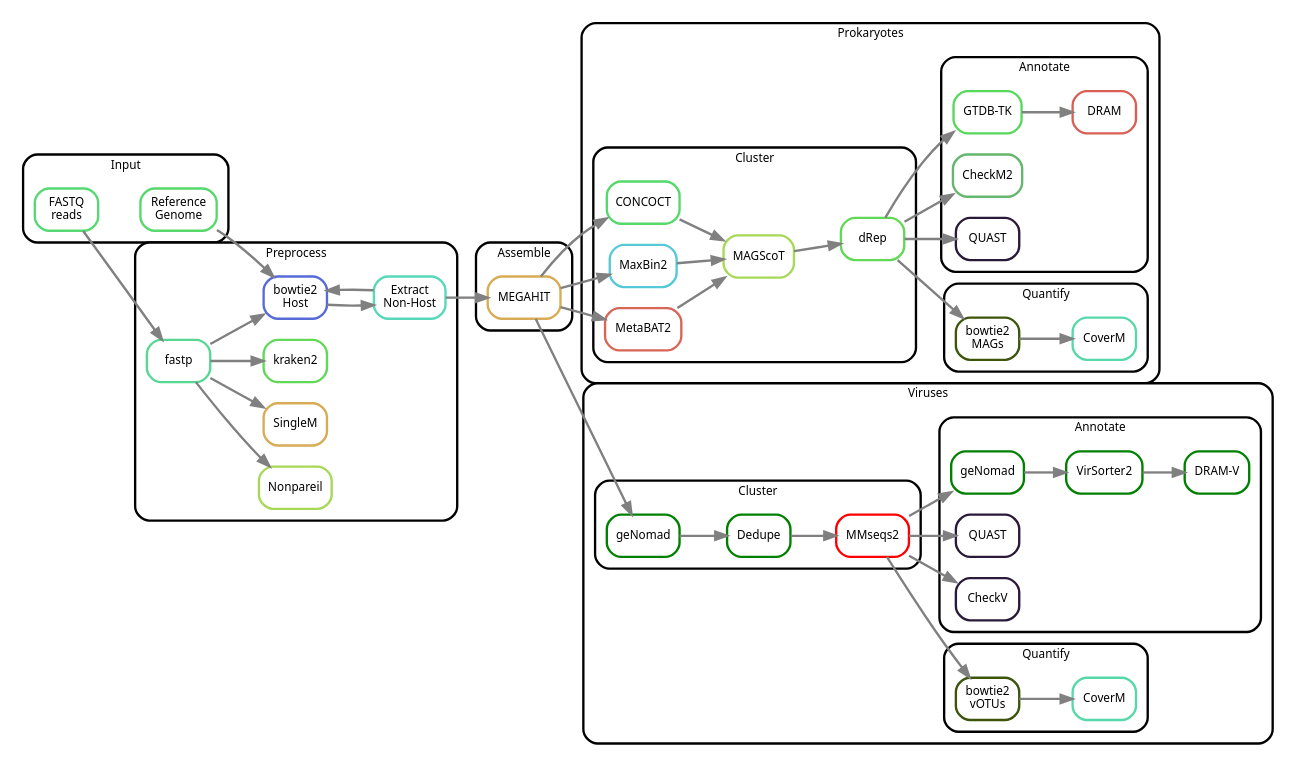
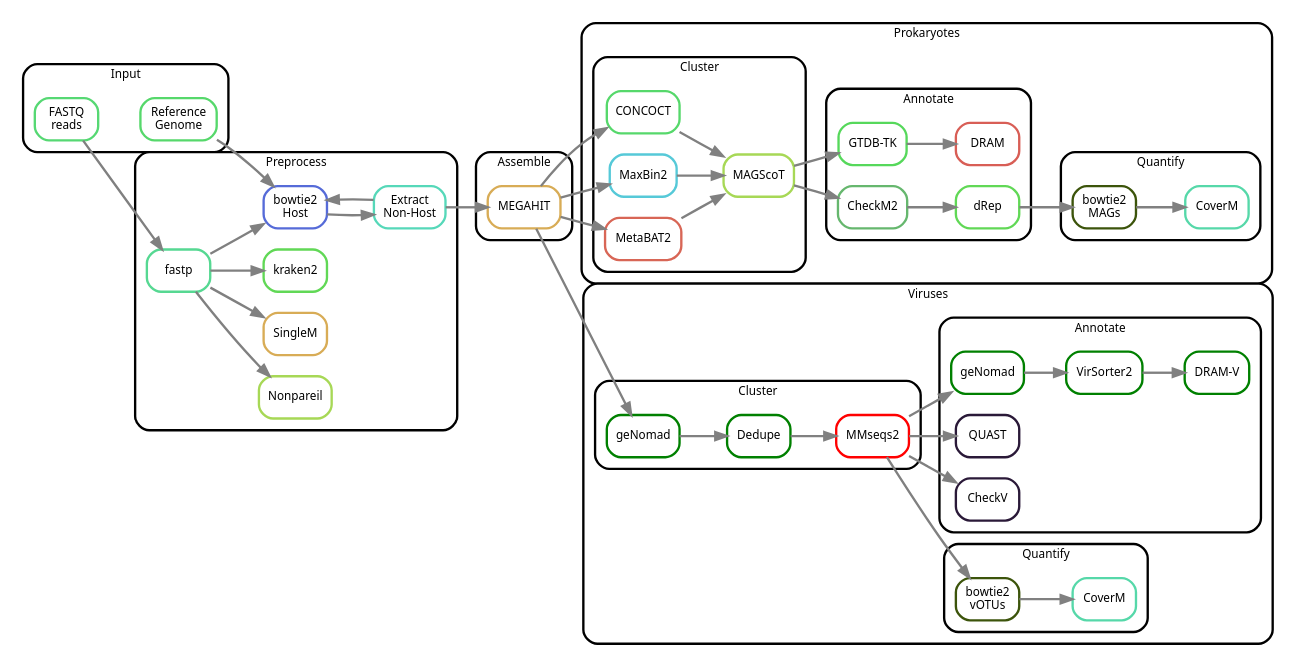
The diagram in rulegraph_simple.dot (3d-omics/mg_assembly), drawn with Graphviz before and after one commit. The commit also changed 1 other file, not shown here.

```diff
--- a/rulegraph_simple.dot
+++ b/rulegraph_simple.dot
@@ -1,148 +1,148 @@
 digraph snakemake_dag {
     rankdir=LR;
     newrank=true;
     graph[bgcolor=white, margin=0, compound=true];
     node[shape=box, style=rounded, fontname=sans, fontsize=10, penwidth=2];
     edge[penwidth=2, color=grey];
 
     subgraph cluster_0 {
         label = "Input";
         shape=box; style=rounded; fontname=sans; fontsize=10; penwidth=2; margin=10;
         reference   [label = "Reference\nGenome",   color = "0.36 0.6 0.85"];
         fastq       [label = "FASTQ\nreads",        color = "0.37 0.6 0.85"];
     }
 
     subgraph cluster_1 {
         label = "Preprocess";
         shape=box; style=rounded; fontname=sans; fontsize=10; penwidth=2; margin=10;
         bowtie2 [label = "bowtie2\nHost",       color = "0.64 0.6 0.85"];
         extract [label = "Extract\nNon-Host",   color = "0.46 0.6 0.85"];
         fastp   [label = "fastp",               color = "0.41 0.6 0.85"];
         {
             rankdir=LR;
             nonpareil   [label = "Nonpareil",   color = "0.23 0.6 0.85",    style = "rounded"];
             singlem     [label = "SingleM",     color = "0.11 0.6 0.85",    style = "rounded"];
             kraken2     [label = "kraken2",     color = "0.32 0.6 0.85"];
         }
         fastp   ->  bowtie2
         fastp   ->  nonpareil
         fastp   ->  singlem
         fastp   ->  kraken2
         bowtie2 ->  extract
         extract ->  bowtie2
 
     }
 
     subgraph cluster_2 {
         label = "Assemble";
         shape=box; style=rounded; fontname=sans; fontsize=10; penwidth=2; margin=10;
 
         megahit  [label = "MEGAHIT",    color = "0.11 0.6 0.85"];
 
     }
 
     megahit     ->  concoct
     megahit     ->  maxbin2
     megahit     ->  metabat2
 
     subgraph cluster_3 {
         label = "Prokaryotes";
         shape=box; style=rounded; fontname=sans; fontsize=10; penwidth=2; margin=10;
 
         subgraph cluster_3_1 {
             label = "Cluster";
 
             concoct  [label = "CONCOCT",    color = "0.36 0.6 0.85"];
             maxbin2  [label = "MaxBin2",    color = "0.52 0.6 0.85"];
             metabat2 [label = "MetaBAT2",   color = "0.02 0.6 0.85"];
             magscot  [label = "MAGScoT",    color = "0.23 0.6 0.85"];
-            drep     [label = "dRep",       color = "0.32 0.6 0.85",    style = "rounded"];
 
             metabat2    ->  magscot
             concoct     ->  magscot
             maxbin2     ->  magscot
-            magscot     ->  drep
+            
         }
 
         subgraph cluster_3_2 {
             label = "Quantify";
             shape=box; style="rounded"; fontname=sans; fontsize=10; penwidth=2; margin=10;
             bowtie2_drep    [label = "bowtie2\nMAGs",  color = "0.22 0.86 0.33"];
             coverm          [label = "CoverM",         color = "0.44 0.60 0.85"];
 
             bowtie2_drep -> coverm
         }
 
         subgraph cluster_3_3 {
             label = "Annotate";
             shape=box; style="rounded"; fontname=sans; fontsize=10; penwidth=2; margin=10;
 
             gtdbtk  [label = "GTDB-TK",  color = "0.34 0.6 0.85",    style = "rounded"];
             dram    [label = "DRAM",     color = "0.01 0.6 0.85",    style = "rounded"];
-            checkm  [label = "CheckM2",  color = "0.35 0.44 0.72"];
-            quast   [label = "QUAST",    color = "0.76 0.55 0.22"];
+            checkm2 [label = "CheckM2",  color = "0.35 0.44 0.72"];
+            drep    [label = "dRep",     color = "0.32 0.6 0.85",    style = "rounded"];
 
+            // magscot ->  dram
+            magscot ->  checkm2
+            magscot ->  gtdbtk
             gtdbtk -> dram
+            checkm2 -> drep
 
         }
 
     }
 
     reference   ->  bowtie2
     fastq       ->  fastp
     extract     ->  megahit
-    drep        ->  gtdbtk
-    drep        ->  bowtie2_drep
-    drep        ->  checkm
-    drep        ->  quast
+    drep -> bowtie2_drep
 
     subgraph cluster_4 {
         label = "Viruses";
         shape=box; style="rounded"; fontname=sans; fontsize=10; penwidth=2; margin="10,10";
 
         subgraph cluster_4_1 {
             label = "Cluster";
             shape=box; style="rounded"; fontname=sans; fontsize=10; penwidth=2; margin="10,10";
 
             genomad     [label = "geNomad",     color = green,              style = "rounded"];
             dedupe      [label = "Dedupe",      color = green,              style = "rounded"];
             mmseqs2     [label = "MMseqs2",     color = red,                style = "rounded"];
 
             genomad -> dedupe -> mmseqs2
 
         }
 
         megahit -> genomad
 
         subgraph cluster_4_2 {
             label = "Quantify";
             shape=box; style="rounded"; fontname=sans; fontsize=10; penwidth=2; margin=10;
 
             bowtie2v     [label = "bowtie2\nvOTUs",  color = "0.22 0.86 0.33"];
             covermv      [label = "CoverM",          color = "0.44 0.60 0.85"];
 
             bowtie2v -> covermv
         }
 
         mmseqs2 -> bowtie2v
 
         subgraph cluster_4_3 {
             label = "Annotate";
             shape=box; style="rounded"; fontname=sans; fontsize=10; penwidth=2; margin=10;
 
             genomad2    [label = "geNomad",     color = green,              style = "rounded"];
             virsorter2  [label = "VirSorter2",   color = green];
             dramv      [label = "DRAM-V",      color = green];
             quastv     [label = "QUAST",       color = "0.76 0.55 0.22"];
             checkv  [label = "CheckV",   color = "0.76 0.55 0.22"];
 
             genomad2 -> virsorter2 -> dramv
             mmseqs2 -> checkv
         }
 
         mmseqs2 -> genomad2
         mmseqs2 -> quastv
 
     }
 
 }
```
